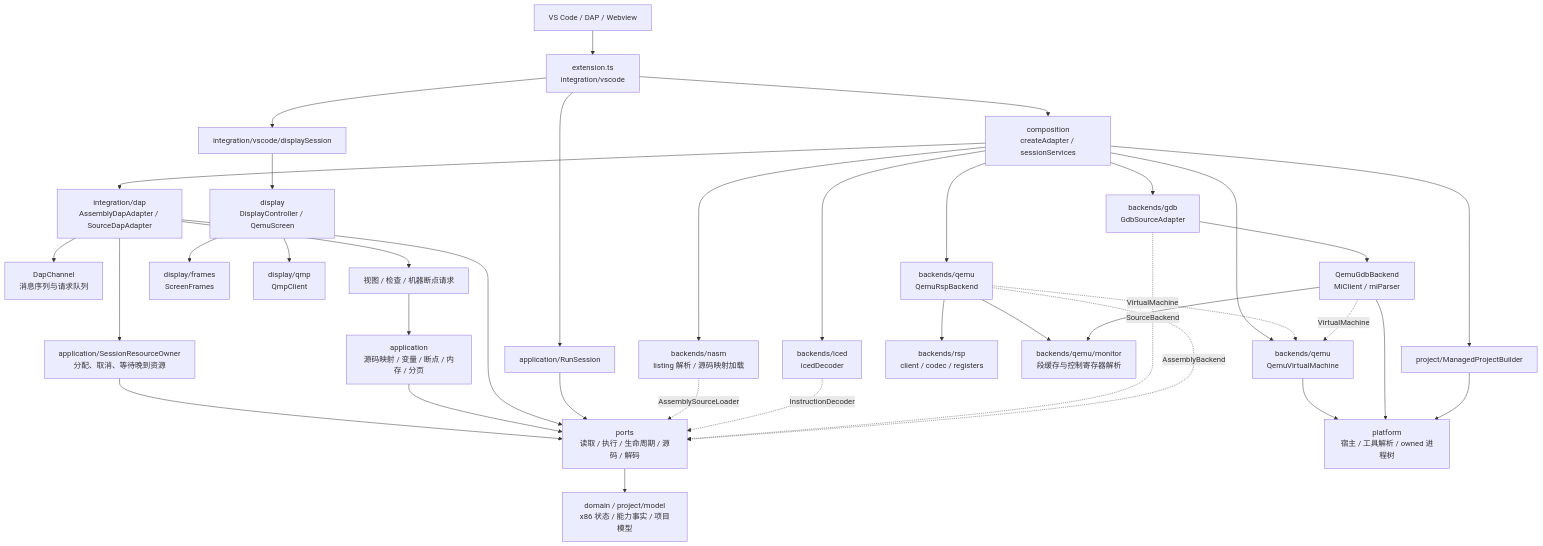
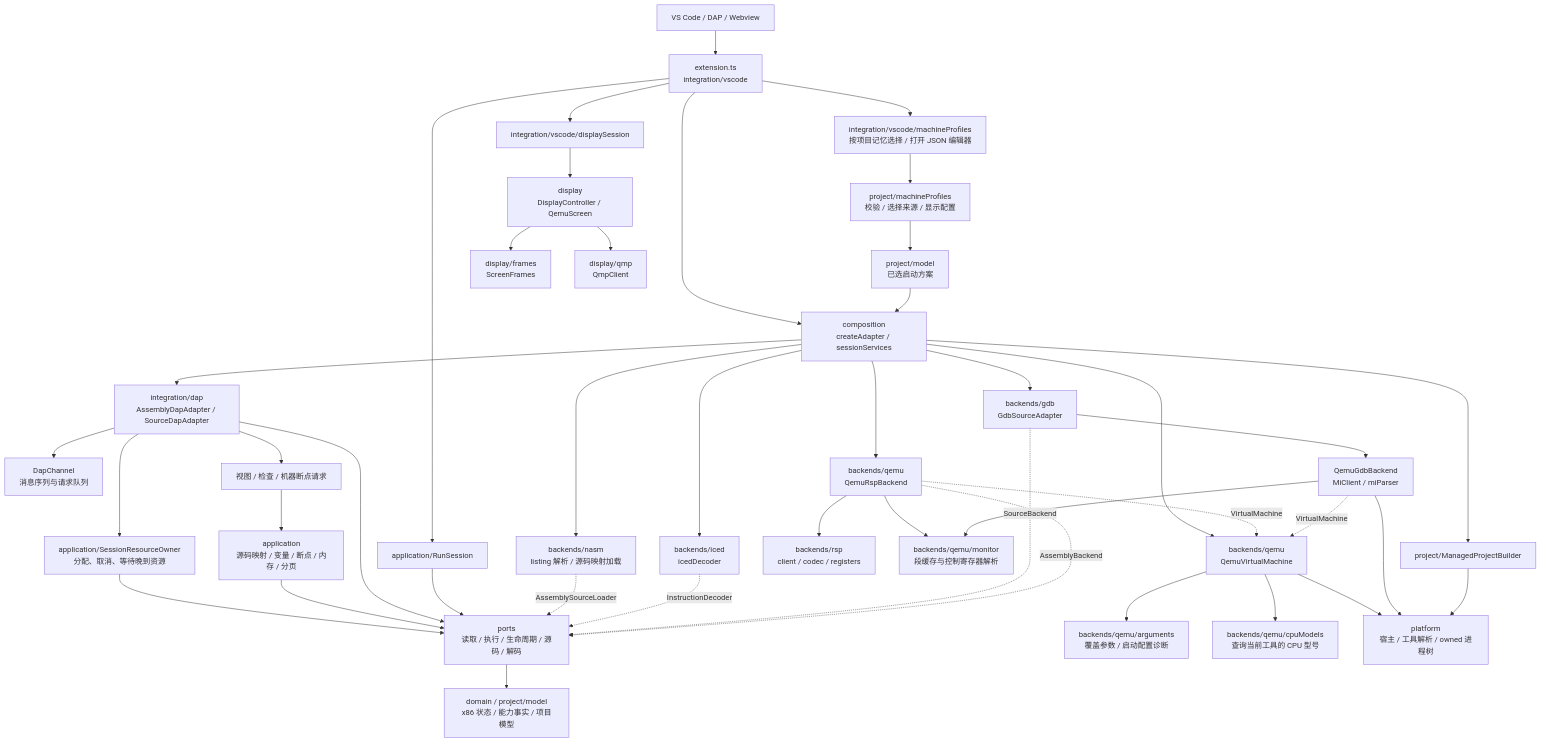
One commit to nothingzhl/vscode-qemu-asm changed the first of 2 diagrams in docs/ARCHITECTURE.md. Above: the diagram before and after it, drawn with Mermaid. The commit also changed other lines of this file and 43 other files, not shown here.

Commit message:
feat: add per-project QEMU startup profiles

````diff
--- a/docs/ARCHITECTURE.md
+++ b/docs/ARCHITECTURE.md
@@ -19,39 +19,45 @@
 ```mermaid
 flowchart TD
     VS[VS Code / DAP / Webview] --> Entry[extension.ts<br/>integration/vscode]
+    Entry --> Profiles[integration/vscode/machineProfiles<br/>按项目记忆选择 / 打开 JSON 编辑器]
+    Profiles --> ProfileConfig[project/machineProfiles<br/>校验 / 选择来源 / 显示配置]
+    ProfileConfig --> Project[project/model<br/>已选启动方案]
     Entry --> Composition[composition<br/>createAdapter / sessionServices]
+    Project --> Composition
     Composition --> DAP[integration/dap<br/>AssemblyDapAdapter / SourceDapAdapter]
     DAP --> Channel[DapChannel<br/>消息序列与请求队列]
     DAP --> Requests[视图 / 检查 / 机器断点请求]
     Requests --> Application[application<br/>源码映射 / 变量 / 断点 / 内存 / 分页]
     DAP --> Owner[application/SessionResourceOwner<br/>分配、取消、等待晚到资源]
     Owner --> Ports
     Entry --> Run[application/RunSession]
     Entry --> DisplaySession[integration/vscode/displaySession]
     DisplaySession --> Display[display<br/>DisplayController / QemuScreen]
     Display --> Frames[display/frames<br/>ScreenFrames]
     Display --> QMP[display/qmp<br/>QmpClient]
     Application --> Ports[ports<br/>读取 / 执行 / 生命周期 / 源码 / 解码]
     DAP --> Ports
     Run --> Ports
     Ports --> Models[domain / project/model<br/>x86 状态 / 能力事实 / 项目模型]
     Composition --> RSP[backends/qemu<br/>QemuRspBackend]
     Composition --> Source[backends/gdb<br/>GdbSourceAdapter]
     Source --> MI[QemuGdbBackend<br/>MiClient / miParser]
     Composition --> VM[backends/qemu<br/>QemuVirtualMachine]
+    VM --> MachineArgs[backends/qemu/arguments<br/>覆盖参数 / 启动配置诊断]
+    VM --> CpuModels[backends/qemu/cpuModels<br/>查询当前工具的 CPU 型号]
     Composition --> Decoder[backends/iced<br/>icedDecoder]
     Composition --> NASM[backends/nasm<br/>listing 解析 / 源码映射加载]
     NASM -. AssemblySourceLoader .-> Ports
     RSP -. VirtualMachine .-> VM
     MI -. VirtualMachine .-> VM
     RSP --> Protocol[backends/rsp<br/>client / codec / registers]
     RSP --> HMP[backends/qemu/monitor<br/>段缓存与控制寄存器解析]
     MI --> HMP
     VM --> Platform[platform<br/>宿主 / 工具解析 / owned 进程树]
     MI --> Platform
     Composition --> Builder[project/ManagedProjectBuilder]
     Builder --> Platform
     Decoder -. InstructionDecoder .-> Ports
     Source -. SourceBackend .-> Ports
     RSP -. AssemblyBackend .-> Ports
 ```
````
